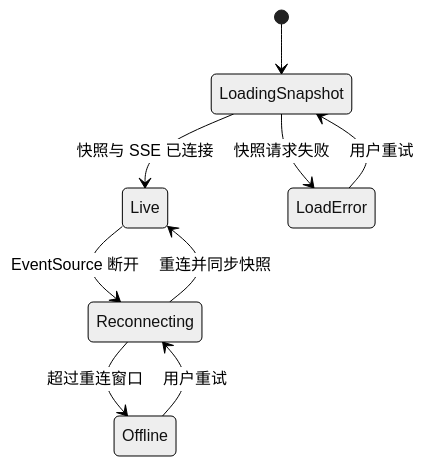
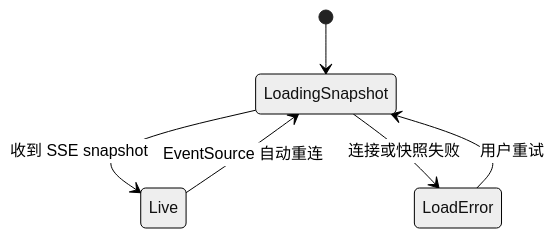
One commit to Miles-ya/AI-Panel-Studio changed the second of 2 diagrams in docs/05-ui-design.md. Above: the diagram before and after it, drawn with Mermaid (neutral theme). The commit also changed other lines of this file and 6 other files, not shown here.

````diff
--- a/docs/05-ui-design.md
+++ b/docs/05-ui-design.md
@@ -213,11 +213,8 @@
 ```mermaid
 stateDiagram-v2
     [*] --> LoadingSnapshot
-    LoadingSnapshot --> Live: 快照与 SSE 已连接
-    LoadingSnapshot --> LoadError: 快照请求失败
-    Live --> Reconnecting: EventSource 断开
-    Reconnecting --> Live: 重连并同步快照
-    Reconnecting --> Offline: 超过重连窗口
-    Offline --> Reconnecting: 用户重试
+    LoadingSnapshot --> Live: 收到 SSE snapshot
+    LoadingSnapshot --> LoadError: 连接或快照失败
+    Live --> LoadingSnapshot: EventSource 自动重连
     LoadError --> LoadingSnapshot: 用户重试
 ```
````
